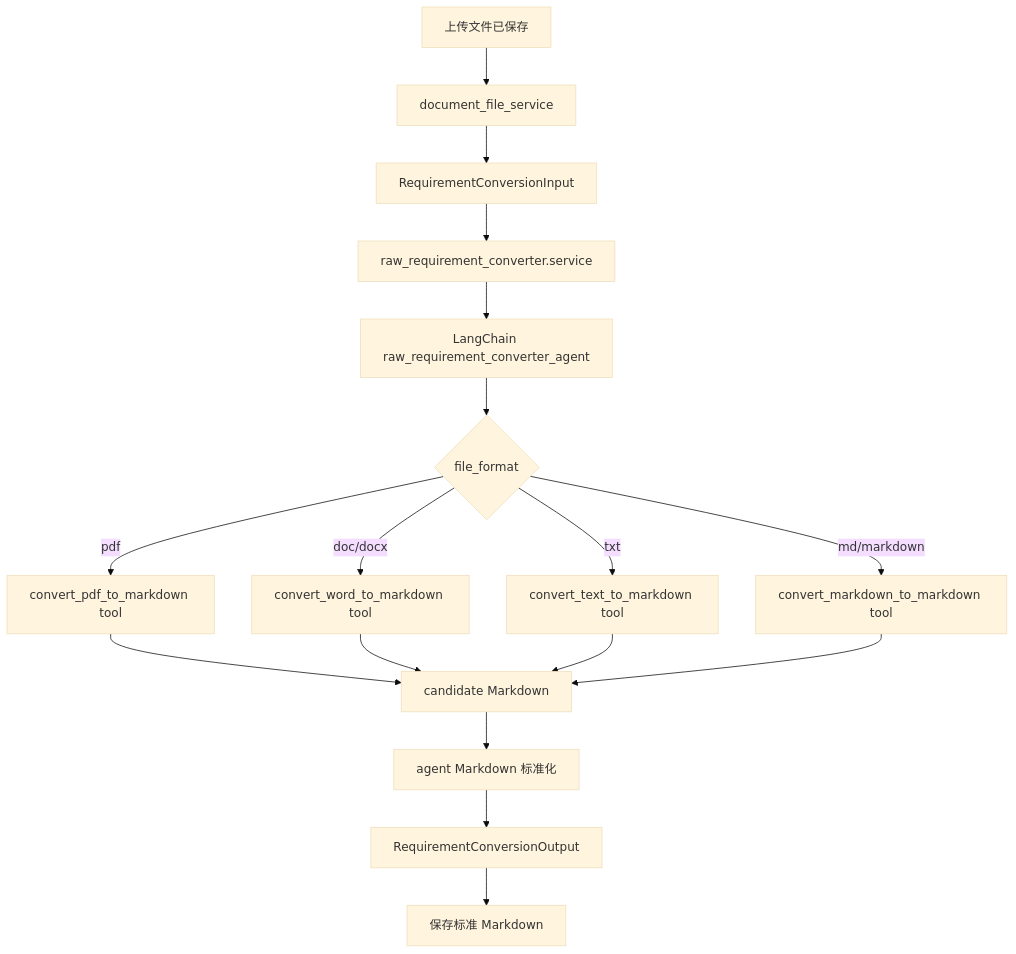
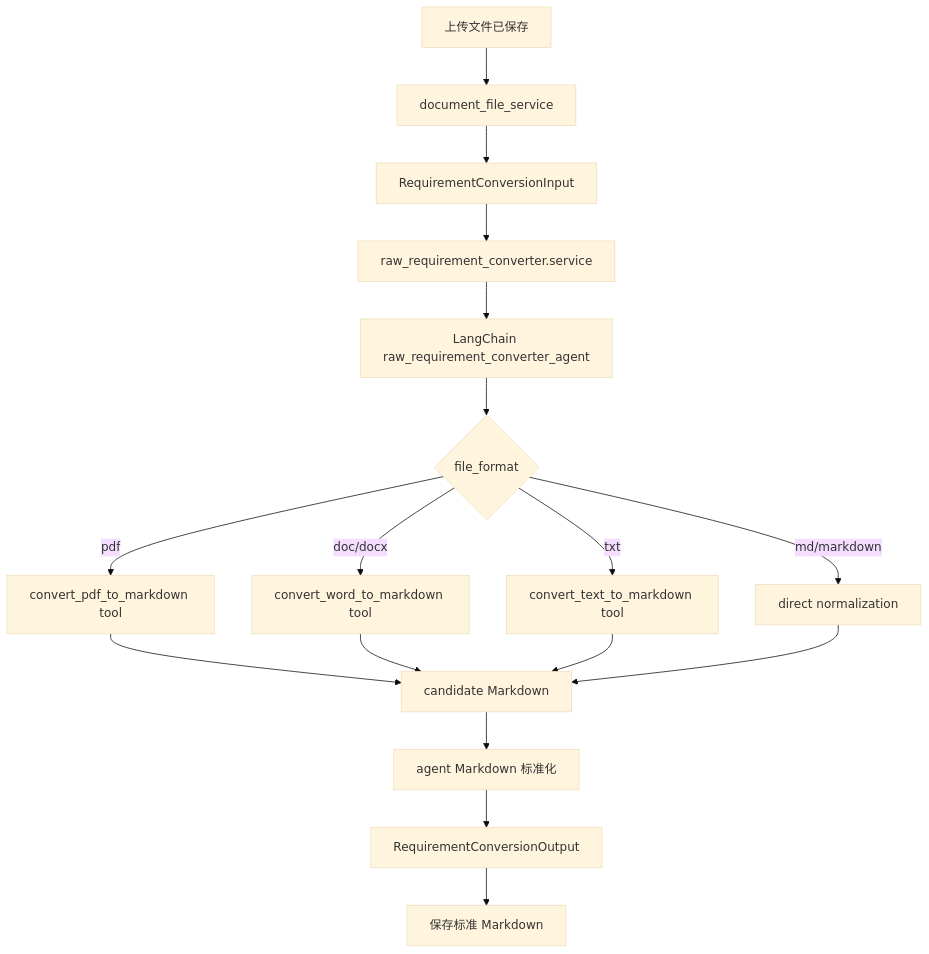
Before and after one commit to Elixir-Wang/aitest: the diagram in docs/superpowers/specs/2026-06-01-raw-requirement-converter-langchain-single-agent-spec.md, drawn with Mermaid (base theme). The commit also changed other lines of this file and 40 other files, not shown here.

````diff
--- a/docs/superpowers/specs/2026-06-01-raw-requirement-converter-langchain-single-agent-spec.md
+++ b/docs/superpowers/specs/2026-06-01-raw-requirement-converter-langchain-single-agent-spec.md
@@ -237,19 +227,19 @@
 ```mermaid
 flowchart TD
     A["上传文件已保存"] --> B["document_file_service"]
     B --> C["RequirementConversionInput"]
     C --> D["raw_requirement_converter.service"]
     D --> E["LangChain raw_requirement_converter_agent"]
     E --> F{"file_format"}
     F -->|pdf| G["convert_pdf_to_markdown tool"]
     F -->|doc/docx| H["convert_word_to_markdown tool"]
     F -->|txt| I["convert_text_to_markdown tool"]
-    F -->|md/markdown| J["convert_markdown_to_markdown tool"]
+    F -->|md/markdown| J["direct normalization"]
     G --> K["candidate Markdown"]
     H --> K
     I --> K
     J --> K
     K --> L["agent Markdown 标准化"]
     L --> M["RequirementConversionOutput"]
     M --> N["保存标准 Markdown"]
 ```
````
